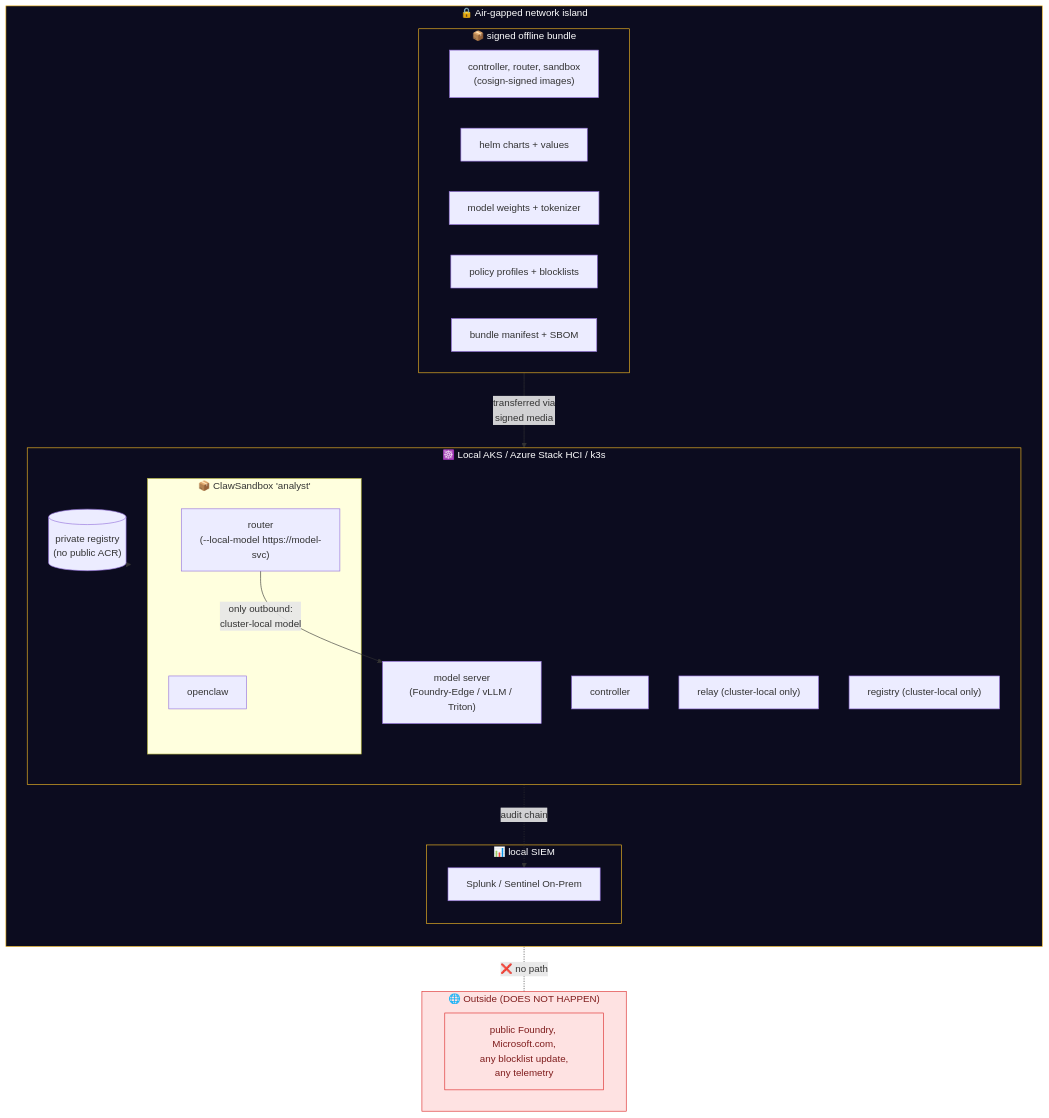
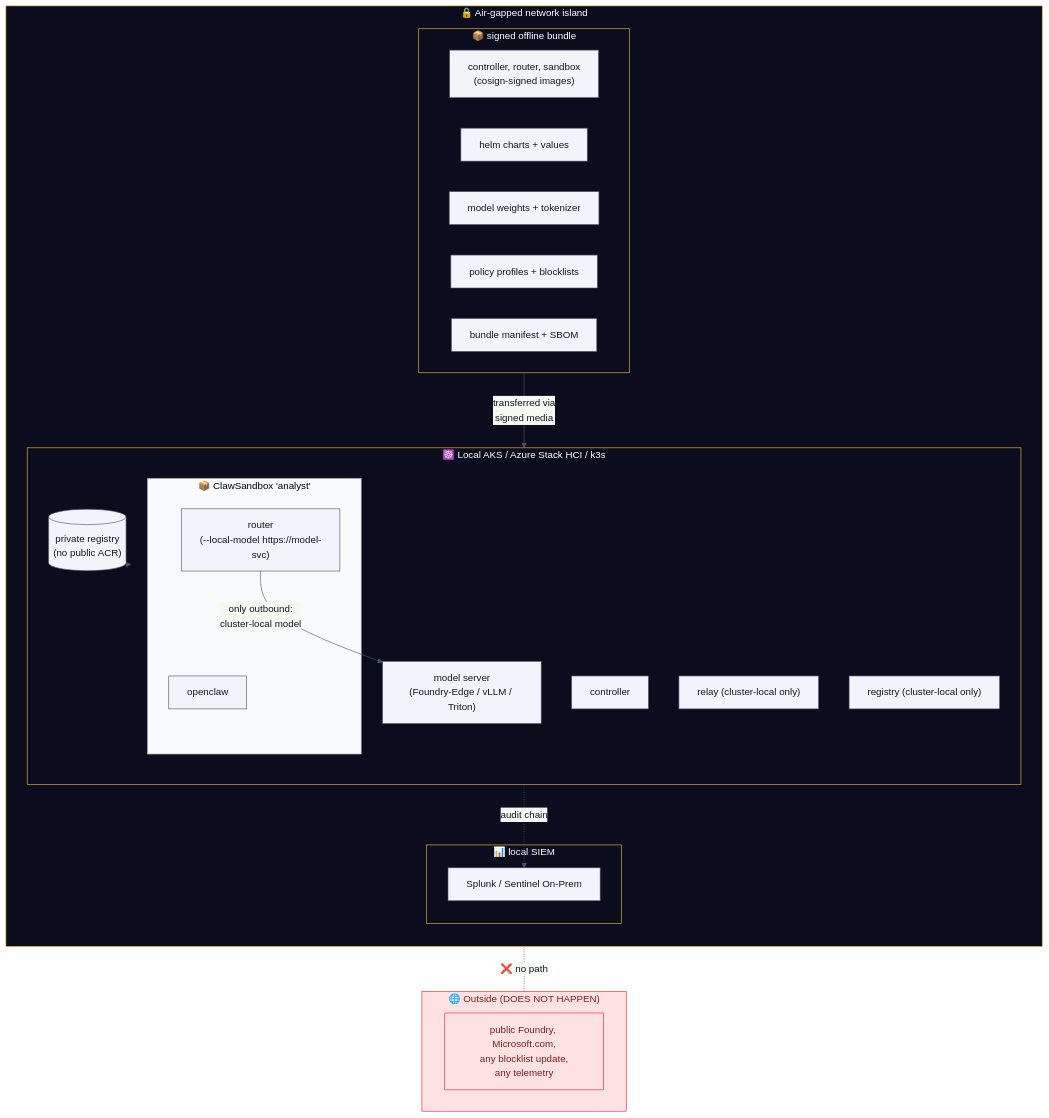
The first of 3 diagrams in docs/blueprints/05-sovereign-airgapped.md (Azure/kars), drawn with Mermaid before and after one commit. The commit also changed other lines of this file and 5 other files, not shown here.

````diff
--- a/docs/blueprints/05-sovereign-airgapped.md
+++ b/docs/blueprints/05-sovereign-airgapped.md
@@ -15,49 +15,50 @@
 ```mermaid
+%%{init: {'theme':'base','themeVariables':{'primaryColor':'#f1f5f9','primaryBorderColor':'#475569','primaryTextColor':'#0f172a','lineColor':'#475569','clusterBkg':'#f8fafc','clusterBorder':'#94a3b8','fontFamily':'-apple-system, BlinkMacSystemFont, Segoe UI, sans-serif'}}}%%
 flowchart TB
   subgraph AirGap["🔒 Air-gapped network island"]
     direction TB
 
     subgraph Bundle["📦 signed offline bundle"]
       Imgs["controller, router, sandbox<br/>(cosign-signed images)"]
       Helm["helm charts + values"]
       Mdl["model weights + tokenizer"]
       Pol["policy profiles + blocklists"]
       Doc["bundle manifest + SBOM"]
     end
 
     subgraph AKS["☸️ Local AKS / Azure Stack HCI / k3s"]
       direction TB
       Reg2[("private registry<br/>(no public ACR)")]
       Ctrl["controller"]
       RlyL["relay (cluster-local only)"]
       RegL["registry (cluster-local only)"]
       Mdlsvc["model server<br/>(Foundry-Edge / vLLM / Triton)"]
 
       subgraph SBX["📦 ClawSandbox 'analyst'"]
         OC["openclaw"]
         IR["router<br/>(--local-model https://model-svc)"]
       end
     end
 
     subgraph SIEM["📊 local SIEM"]
       Splunk["Splunk / Sentinel On-Prem"]
     end
 
     Bundle -->|"transferred via<br/>signed media"| Reg2
     Reg2 --> AKS
 
     IR -->|"only outbound:<br/>cluster-local model"| Mdlsvc
     IR -.->|"audit chain"| Splunk
   end
 
   subgraph Outside["🌐 Outside (DOES NOT HAPPEN)"]
     Public["public Foundry, Microsoft.com,<br/>any blocklist update,<br/>any telemetry"]
   end
 
   AirGap -. "❌ no path"  .- Outside
 
   classDef gap fill:#0c0c1f,stroke:#fbbf24,color:#fff;
   classDef out fill:#fee2e2,stroke:#dc2626,color:#7f1d1d;
   class AirGap,AKS,Bundle,SIEM gap;
   class Outside,Public out;
 ```
````
